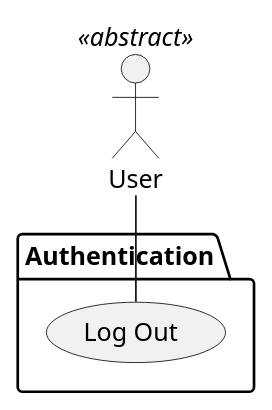
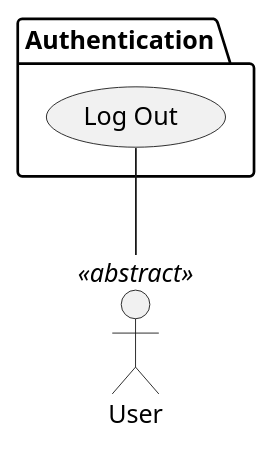
Before and after one commit to bmb0136/COMP-3700-Project: the diagram in Use Cases/LogOut.iuml, drawn with PlantUML. The commit also changed 13 other files, not shown here.

Commit message:
Fix formatting in main diagram

```diff
--- a/Use Cases/LogOut.iuml
+++ b/Use Cases/LogOut.iuml
@@ -1,7 +1,7 @@
 @startuml Log Out
 actor :User: <<abstract>>
 package "Authentication" {
   (Log Out) as LogOut
 }
-User -- LogOut
+User -up- LogOut
 @enduml
```
